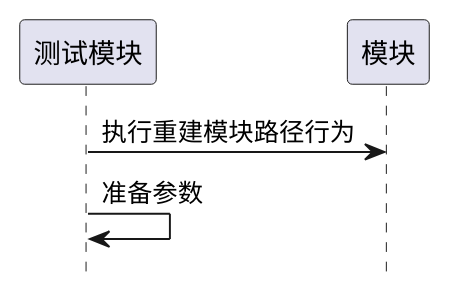
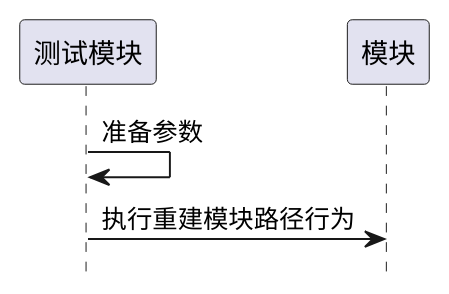
Before and after one commit to goblinln/iBizPMS: the second of 3 diagrams in ibizpms-docs/src/main/doc/v1/module/ibiz/TestModule_old.md, drawn with PlantUML. The commit also changed other lines of this file and 230 other files, not shown here.

```diff
--- a/ibizpms-docs/src/main/doc/v1/module/ibiz/TestModule_old.md
+++ b/ibizpms-docs/src/main/doc/v1/module/ibiz/TestModule_old.md
@@ -77,6 +77,6 @@
 {% plantuml %}
 hide footbox
 
+测试模块 -> 测试模块: 准备参数
 测试模块 -> 模块: 执行重建模块路径行为
-测试模块 -> 测试模块: 准备参数
 {% endplantuml %}
```
